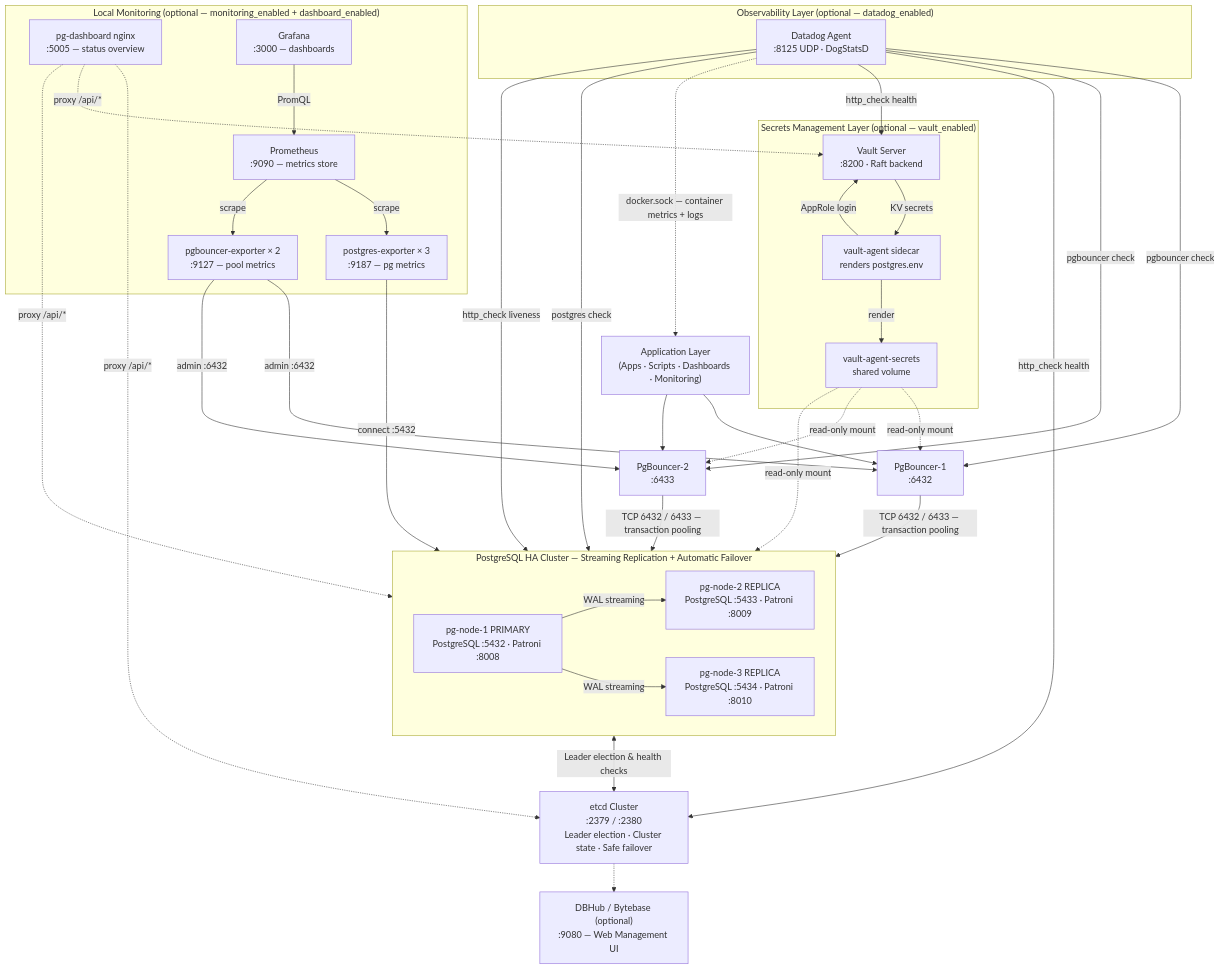
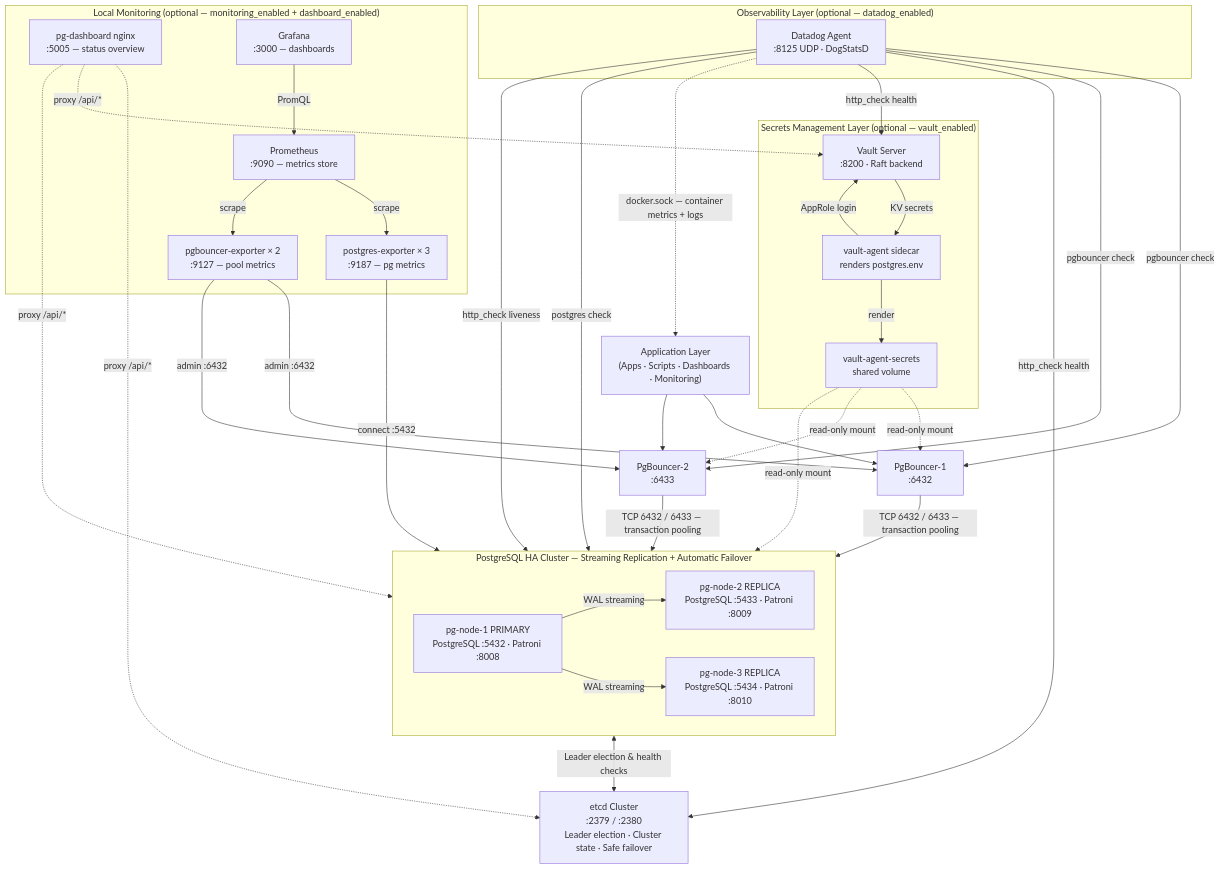
One commit to venkatajangala/terraform-docker-container-postgres changed the first of 18 diagrams in docs/architecture/ARCHITECTURE.md. Above: the diagram before and after it, drawn with Mermaid. The commit also changed other lines of this file and 18 other files, not shown here.

First line of the commit message:
refactor: remove DBHub (Bytebase) component from stack

````diff
--- a/docs/architecture/ARCHITECTURE.md
+++ b/docs/architecture/ARCHITECTURE.md
@@ -7,54 +7,52 @@
 ```mermaid
 graph TD
     APP["Application Layer<br/>(Apps · Scripts · Dashboards · Monitoring)"]
     PGB1["PgBouncer-1<br/>:6432"]
     PGB2["PgBouncer-2<br/>:6433"]
 
     subgraph PGHA["PostgreSQL HA Cluster — Streaming Replication + Automatic Failover"]
         PG1["pg-node-1 PRIMARY<br/>PostgreSQL :5432 · Patroni :8008"]
         PG2["pg-node-2 REPLICA<br/>PostgreSQL :5433 · Patroni :8009"]
         PG3["pg-node-3 REPLICA<br/>PostgreSQL :5434 · Patroni :8010"]
     end
 
     ETCD["etcd Cluster<br/>:2379 / :2380<br/>Leader election · Cluster state · Safe failover"]
-    DBHUB["DBHub / Bytebase (optional)<br/>:9080 — Web Management UI"]
 
     subgraph SECRETS["Secrets Management Layer (optional — vault_enabled)"]
         VAULT["Vault Server<br/>:8200 · Raft backend"]
         AGENT["vault-agent sidecar<br/>renders postgres.env"]
         SVOL["vault-agent-secrets<br/>shared volume"]
     end
 
     subgraph OBS["Observability Layer (optional — datadog_enabled)"]
         DD["Datadog Agent<br/>:8125 UDP · DogStatsD"]
     end
 
     subgraph MON["Local Monitoring (optional — monitoring_enabled + dashboard_enabled)"]
         DASH["pg-dashboard nginx<br/>:5005 — status overview"]
         PROM["Prometheus<br/>:9090 — metrics store"]
         GRAF["Grafana<br/>:3000 — dashboards"]
         PGE["postgres-exporter × 3<br/>:9187 — pg metrics"]
         PGBE["pgbouncer-exporter × 2<br/>:9127 — pool metrics"]
     end
 
     APP --> PGB1 & PGB2
     PGB1 & PGB2 -->|"TCP 6432 / 6433 — transaction pooling"| PGHA
     PG1 -->|"WAL streaming"| PG2 & PG3
     PGHA <-->|"Leader election & health checks"| ETCD
-    ETCD -.-> DBHUB
     AGENT -->|"AppRole login"| VAULT
     VAULT -->|"KV secrets"| AGENT
     AGENT -->|"render"| SVOL
     SVOL -. "read-only mount" .-> PGHA
     SVOL -. "read-only mount" .-> PGB1 & PGB2
     DD -->|"postgres check"| PGHA
     DD -->|"pgbouncer check"| PGB1 & PGB2
     DD -->|"http_check liveness"| PGHA
     DD -->|"http_check health"| ETCD & VAULT
     DD -. "docker.sock — container metrics + logs" .-> APP
     PGE -->|"connect :5432"| PGHA
     PGBE -->|"admin :6432"| PGB1 & PGB2
     PROM -->|"scrape"| PGE & PGBE
     GRAF -->|"PromQL"| PROM
     DASH -. "proxy /api/*" .-> PGHA & ETCD & VAULT
 ```
````
